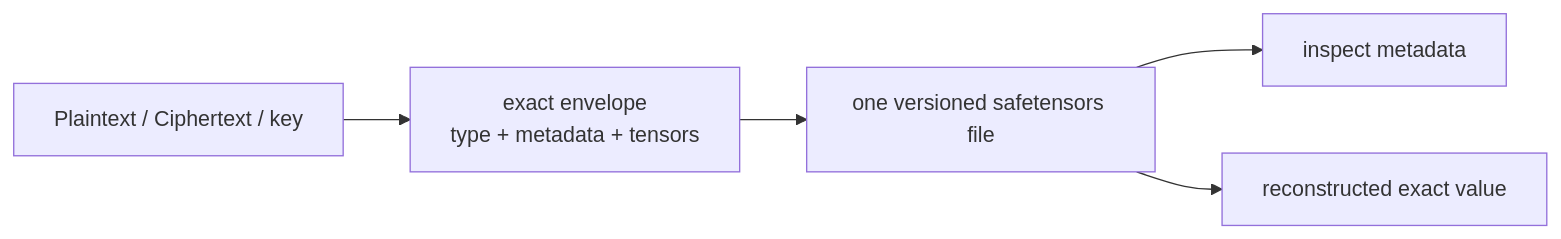
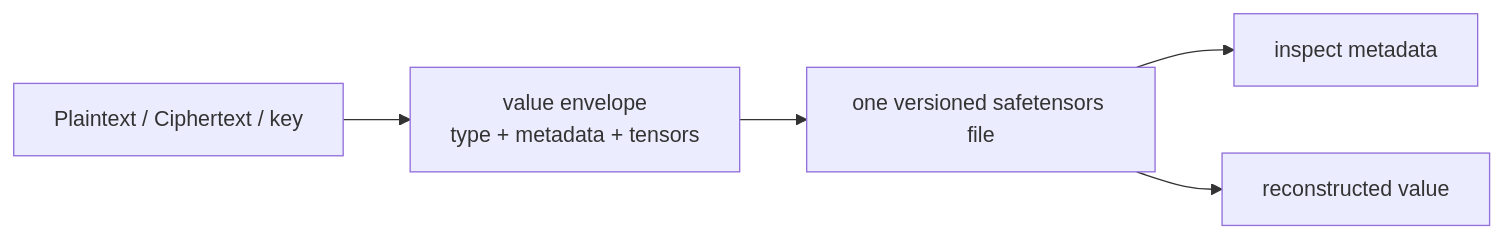
One commit to visualDust/fhelium changed the first of 3 diagrams in docs/concepts/execution/serialization-and-artifacts.md. Above: the diagram before and after it, drawn with Mermaid. The commit also changed other lines of this file and 222 other files, not shown here.

````diff
--- a/docs/concepts/execution/serialization-and-artifacts.md
+++ b/docs/concepts/execution/serialization-and-artifacts.md
@@ -34,11 +34,11 @@
 ```mermaid
 graph LR
     V[Plaintext / Ciphertext / key]
-    E[exact envelope<br/>type + metadata + tensors]
+    E[value envelope<br/>type + metadata + tensors]
     F[one versioned safetensors file]
     I[inspect metadata]
-    R[reconstructed exact value]
+    R[reconstructed value]
     V --> E --> F
     F --> I
     F --> R
 ```
````
